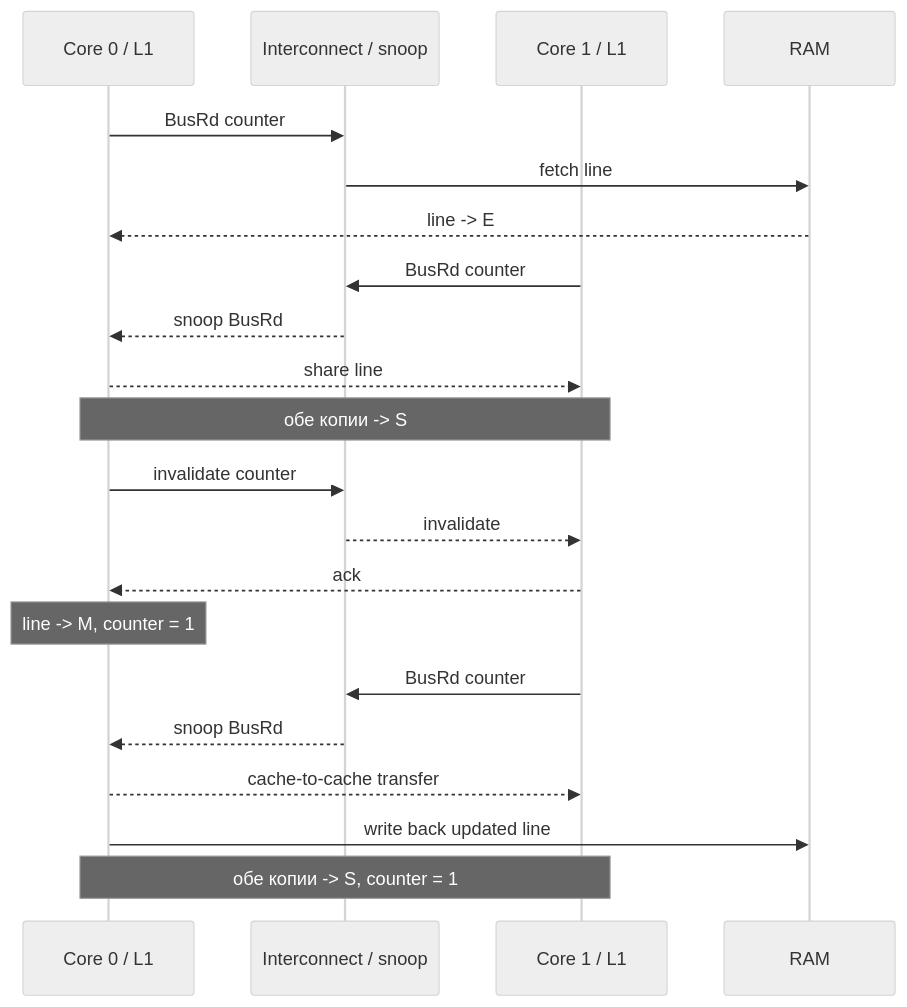
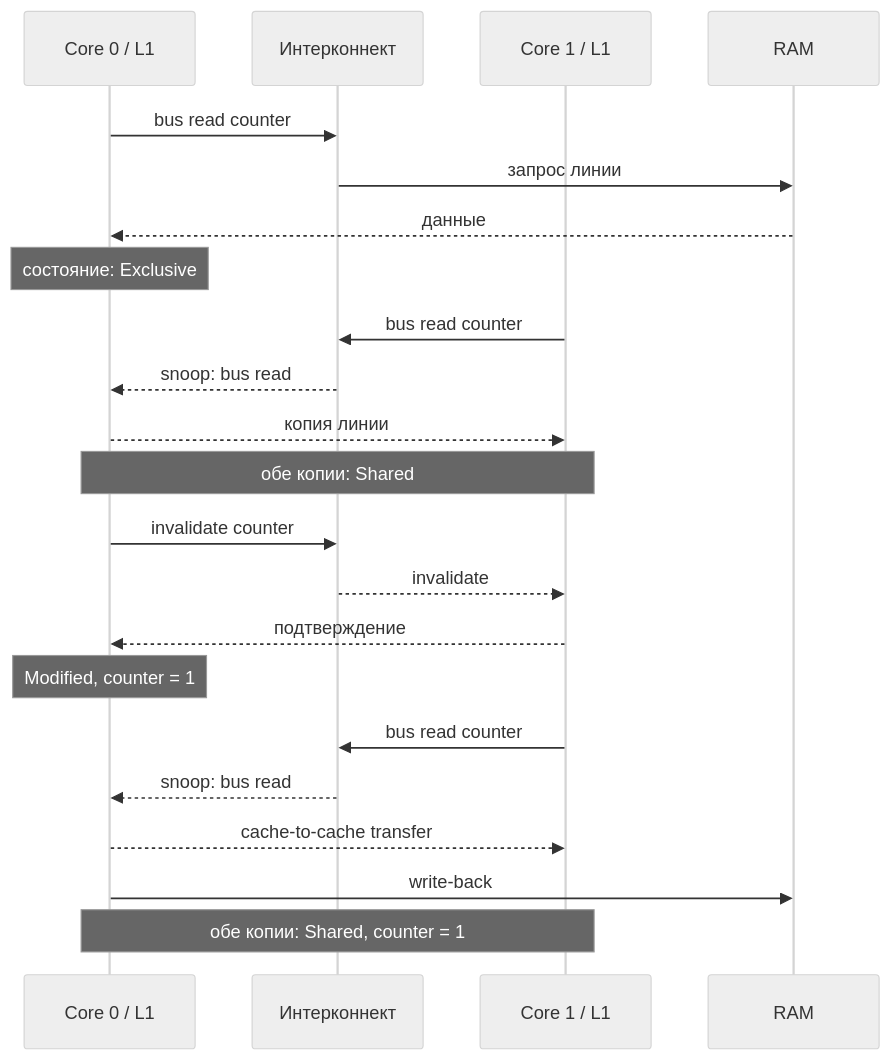
One commit to AlexeyMatskevich/cs-notes changed the first of 2 diagrams in computer/data-path/01-cache-coherency.md. Above: the diagram before and after it, drawn with Mermaid (neutral theme). The commit also changed other lines of this file, not shown here.

````diff
--- a/computer/data-path/01-cache-coherency.md
+++ b/computer/data-path/01-cache-coherency.md
@@ -103,27 +103,28 @@
 ```mermaid
 sequenceDiagram
     participant C0 as Core 0 / L1
-    participant BUS as Interconnect / snoop
+    participant BUS as Интерконнект
     participant C1 as Core 1 / L1
     participant RAM as RAM
 
-    C0->>BUS: BusRd counter
-    BUS->>RAM: fetch line
-    RAM-->>C0: line -> E
+    C0->>BUS: bus read counter
+    BUS->>RAM: запрос линии
+    RAM-->>C0: данные
+    Note over C0: состояние: Exclusive
 
-    C1->>BUS: BusRd counter
-    BUS-->>C0: snoop BusRd
-    C0-->>C1: share line
-    Note over C0,C1: обе копии -> S
+    C1->>BUS: bus read counter
+    BUS-->>C0: snoop: bus read
+    C0-->>C1: копия линии
+    Note over C0,C1: обе копии: Shared
 
     C0->>BUS: invalidate counter
     BUS-->>C1: invalidate
-    C1-->>C0: ack
-    Note over C0: line -> M, counter = 1
+    C1-->>C0: подтверждение
+    Note over C0: Modified, counter = 1
 
-    C1->>BUS: BusRd counter
-    BUS-->>C0: snoop BusRd
+    C1->>BUS: bus read counter
+    BUS-->>C0: snoop: bus read
     C0-->>C1: cache-to-cache transfer
-    C0->>RAM: write back updated line
-    Note over C0,C1: обе копии -> S, counter = 1
+    C0->>RAM: write-back
+    Note over C0,C1: обе копии: Shared, counter = 1
 ```
````
